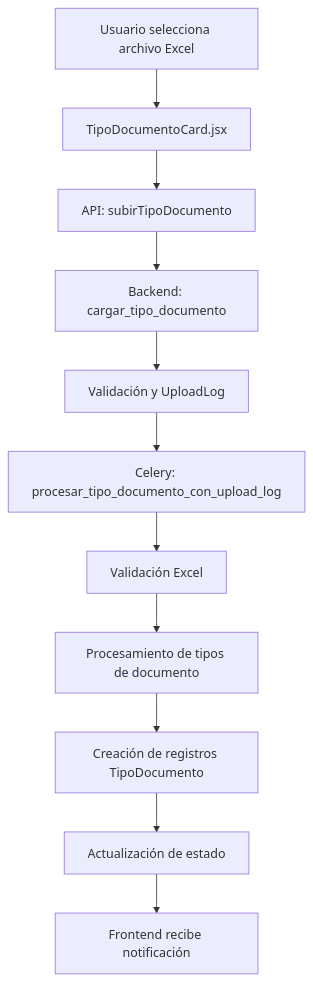
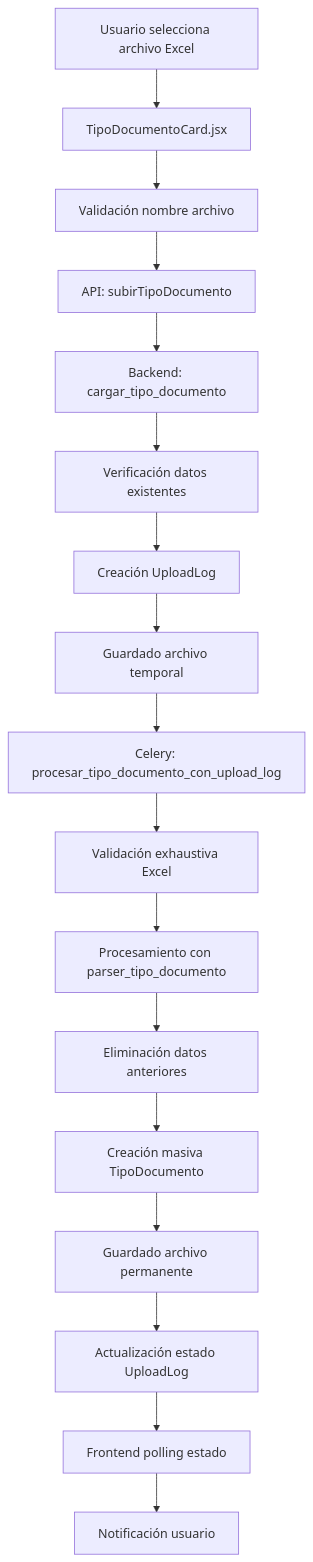
Before and after one commit to castrometro/SGM: the first of 2 diagrams in DOCUMENTACION_TIPO_DOCUMENTO_CARD.md, drawn with Mermaid. The commit also changed other lines of this file and 1 other file, not shown here.

````diff
--- a/DOCUMENTACION_TIPO_DOCUMENTO_CARD.md
+++ b/DOCUMENTACION_TIPO_DOCUMENTO_CARD.md
@@ -10,13 +10,19 @@
 ```mermaid
 graph TD
     A[Usuario selecciona archivo Excel] --> B[TipoDocumentoCard.jsx]
-    B --> C[API: subirTipoDocumento]
-    C --> D[Backend: cargar_tipo_documento]
-    D --> E[Validación y UploadLog]
-    E --> F[Celery: procesar_tipo_documento_con_upload_log]
-    F --> G[Validación Excel]
-    G --> H[Procesamiento de tipos de documento]
-    H --> I[Creación de registros TipoDocumento]
-    I --> J[Actualización de estado]
-    J --> K[Frontend recibe notificación]
+    B --> C[Validación nombre archivo]
+    C --> D[API: subirTipoDocumento]
+    D --> E[Backend: cargar_tipo_documento]
+    E --> F[Verificación datos existentes]
+    F --> G[Creación UploadLog]
+    G --> H[Guardado archivo temporal]
+    H --> I[Celery: procesar_tipo_documento_con_upload_log]
+    I --> J[Validación exhaustiva Excel]
+    J --> K[Procesamiento con parser_tipo_documento]
+    K --> L[Eliminación datos anteriores]
+    L --> M[Creación masiva TipoDocumento]
+    M --> N[Guardado archivo permanente]
+    N --> O[Actualización estado UploadLog]
+    O --> P[Frontend polling estado]
+    P --> Q[Notificación usuario]
 ```
````
